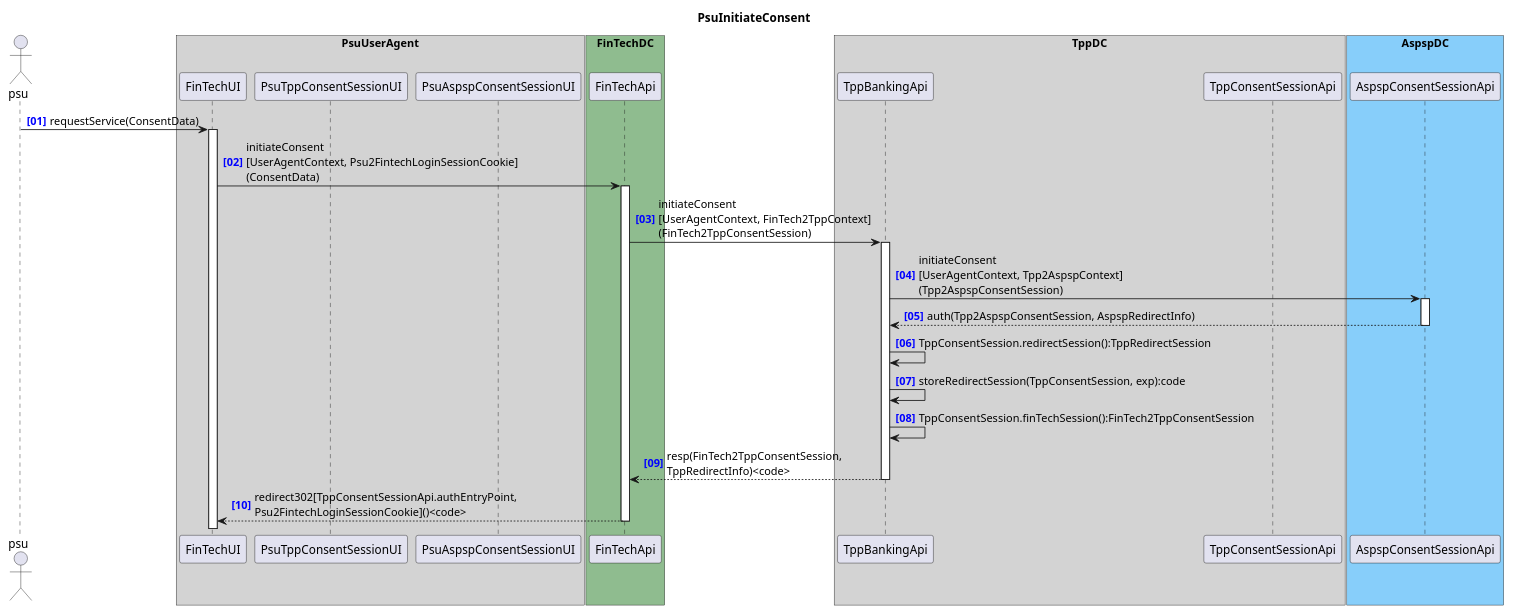
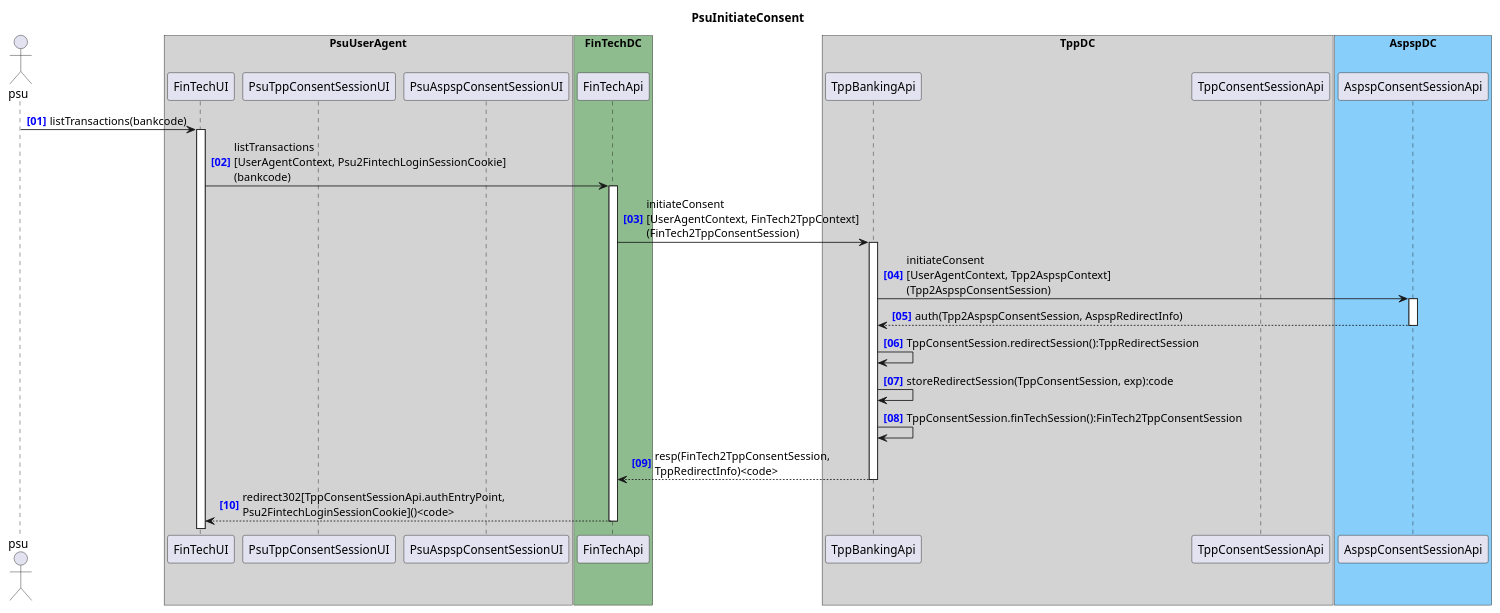
Before and after one commit to adorsys/open-banking-gateway: the diagram in docs/architecture/diagrams/consentSession/PsuInitConsent.puml, drawn with PlantUML. The commit also changed 2 other files, not shown here.

Commit message:
update sequence diagrams

```diff
--- a/docs/architecture/diagrams/consentSession/PsuInitConsent.puml
+++ b/docs/architecture/diagrams/consentSession/PsuInitConsent.puml
@@ -1,32 +1,32 @@
 @startuml PsuInitiateConsent
 title PsuInitiateConsent
 autonumber "<b><color blue>[00]"
 actor psu
 
 box "PsuUserAgent" #LightGray
     participant "FinTechUI" as FinTechUI
     participant "PsuTppConsentSessionUI" as PsuTppConsentSessionUI
     participant "PsuAspspConsentSessionUI" as PsuAspspConsentSessionUI
 end box
 box "FinTechDC" #DarkSeaGreen
     participant "FinTechApi" as FinTechApi
 end box
 box "TppDC" #LightGray
     participant "TppBankingApi" as TppBankingApi
     participant "TppConsentSessionApi" as TppConsentSessionApi
 end box
 box "AspspDC" #LightSkyBlue
     participant "AspspConsentSessionApi" as AspspConsentSessionApi
 end box
 
-psu -> FinTechUI ++ : requestService(ConsentData)
-FinTechUI -> FinTechApi ++ : initiateConsent\n[UserAgentContext, Psu2FintechLoginSessionCookie]\n(ConsentData)
+psu -> FinTechUI ++ : listTransactions(bankcode)
+FinTechUI -> FinTechApi ++ : listTransactions\n[UserAgentContext, Psu2FintechLoginSessionCookie]\n(bankcode)
 FinTechApi -> TppBankingApi ++ : initiateConsent\n[UserAgentContext, FinTech2TppContext]\n(FinTech2TppConsentSession)
 TppBankingApi -> AspspConsentSessionApi ++ : initiateConsent\n[UserAgentContext, Tpp2AspspContext]\n(Tpp2AspspConsentSession) 
 return auth(Tpp2AspspConsentSession, AspspRedirectInfo)
 TppBankingApi -> TppBankingApi : TppConsentSession.redirectSession():TppRedirectSession
 TppBankingApi -> TppBankingApi : storeRedirectSession(TppConsentSession, exp):code
 TppBankingApi -> TppBankingApi : TppConsentSession.finTechSession():FinTech2TppConsentSession
 return resp(FinTech2TppConsentSession,\nTppRedirectInfo)<code>
 return redirect302[TppConsentSessionApi.authEntryPoint,\nPsu2FintechLoginSessionCookie]()<code>
 @enduml
```
